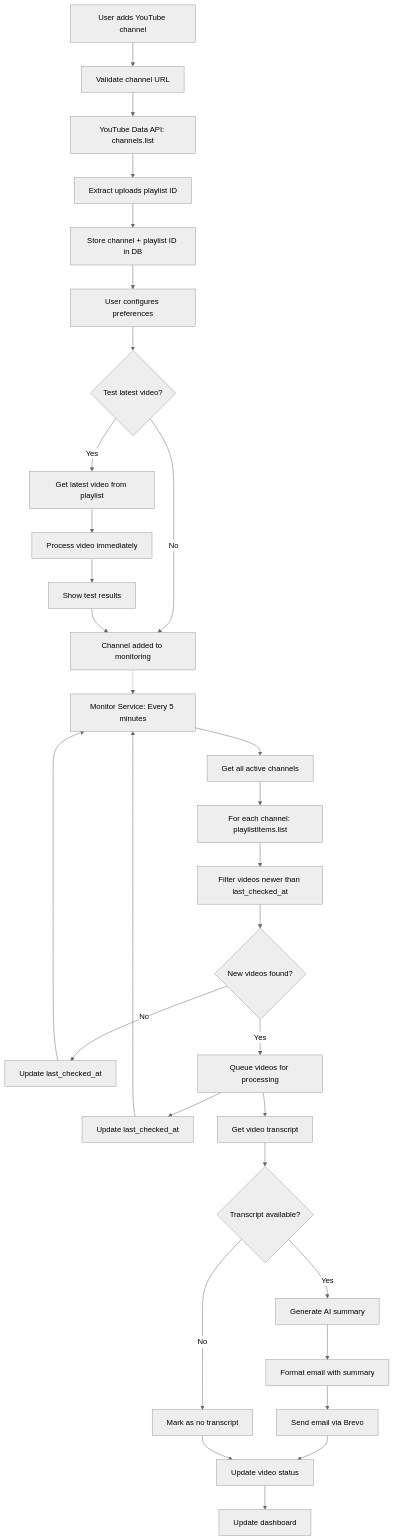
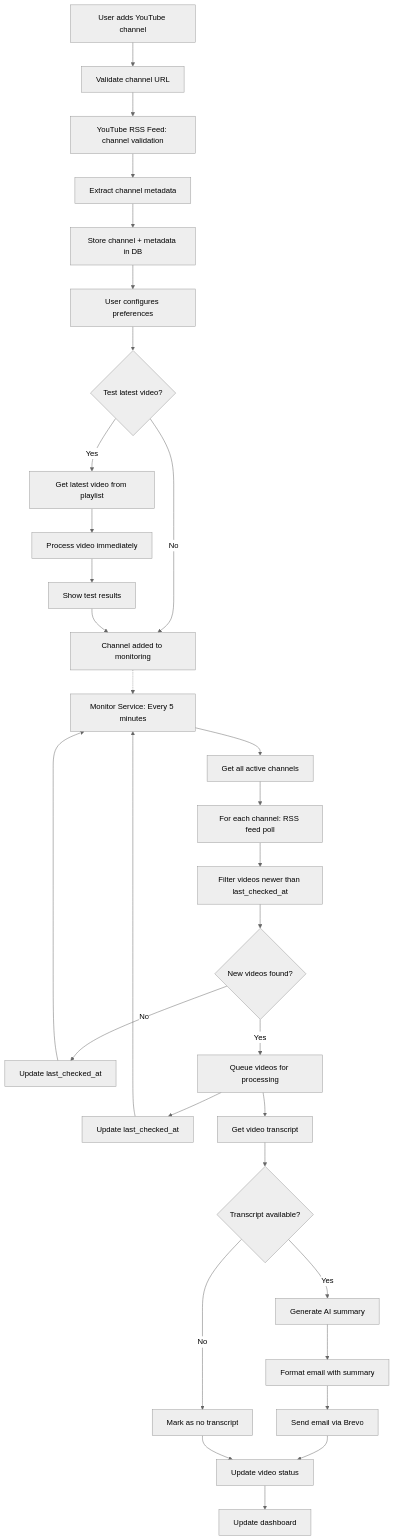
One commit to dnsxmrs/scribesent changed the second of 2 diagrams in .kiro/specs/scribesent-platform/design.md. Above: the diagram before and after it, drawn with Mermaid (neutral theme). The commit also changed other lines of this file and 1 other file, not shown here.

Commit message:
update docs for RSS feed monitoring and youtube-transcript npm migratio

````diff
--- a/.kiro/specs/scribesent-platform/design.md
+++ b/.kiro/specs/scribesent-platform/design.md
@@ -146,39 +146,39 @@
 ```mermaid
 flowchart TD
     A[User adds YouTube channel] --> B[Validate channel URL]
-    B --> C[YouTube Data API: channels.list]
-    C --> D[Extract uploads playlist ID]
-    D --> E[Store channel + playlist ID in DB]
+    B --> C[YouTube RSS Feed: channel validation]
+    C --> D[Extract channel metadata]
+    D --> E[Store channel + metadata in DB]
     E --> F[User configures preferences]
     F --> G{Test latest video?}
     G -->|Yes| H[Get latest video from playlist]
     G -->|No| I[Channel added to monitoring]
     H --> J[Process video immediately]
     J --> K[Show test results]
     K --> I
     
     %% Background monitoring loop
     BG1[Monitor Service: Every 5 minutes] --> BG2[Get all active channels]
-    BG2 --> BG3[For each channel: playlistItems.list]
+    BG2 --> BG3[For each channel: RSS feed poll]
     BG3 --> BG4[Filter videos newer than last_checked_at]
     BG4 --> BG5{New videos found?}
     BG5 -->|No| BG6[Update last_checked_at]
     BG5 -->|Yes| BG7[Queue videos for processing]
     BG6 --> BG1
     BG7 --> BG8[Update last_checked_at]
     BG8 --> BG1
     
     %% Video processing pipeline
     BG7 --> P1[Get video transcript]
     P1 --> P2{Transcript available?}
     P2 -->|No| P3[Mark as no transcript]
     P2 -->|Yes| P4[Generate AI summary]
     P4 --> P5[Format email with summary]
     P5 --> P6[Send email via Brevo]
     P6 --> P7[Update video status]
     P3 --> P7
     P7 --> P8[Update dashboard]
     
     %% Connect flows
     I -.-> BG1
 ```
````
